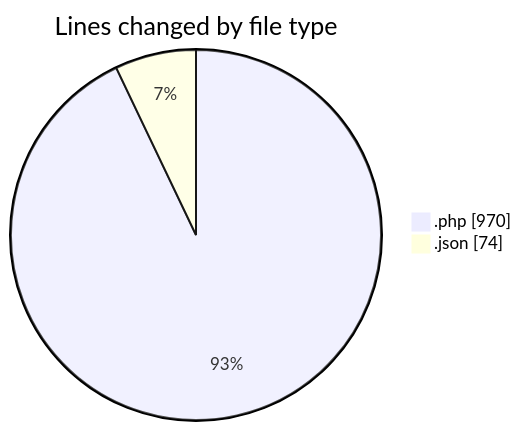
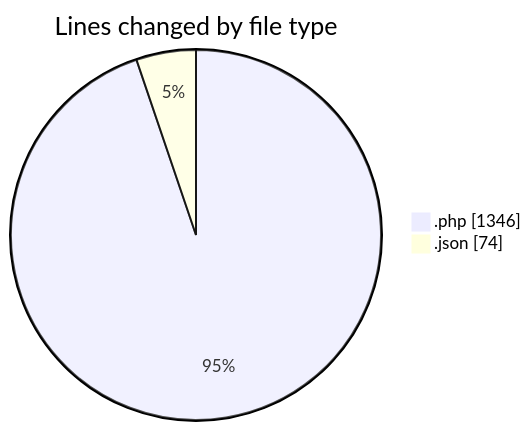
Before and after one commit to lephambinh05/code-tracking: the first of 2 diagrams in 2025-08-19/quytuthien_vn/README.md, drawn with Mermaid. The commit also changed other lines of this file and 1 other file, not shown here.

````diff
--- a/2025-08-19/quytuthien_vn/README.md
+++ b/2025-08-19/quytuthien_vn/README.md
@@ -42,6 +51,6 @@
 ```mermaid
 pie showData
 title Lines changed by file type
-".php" : 970
+".php" : 1346
 ".json" : 74
 ```
````
